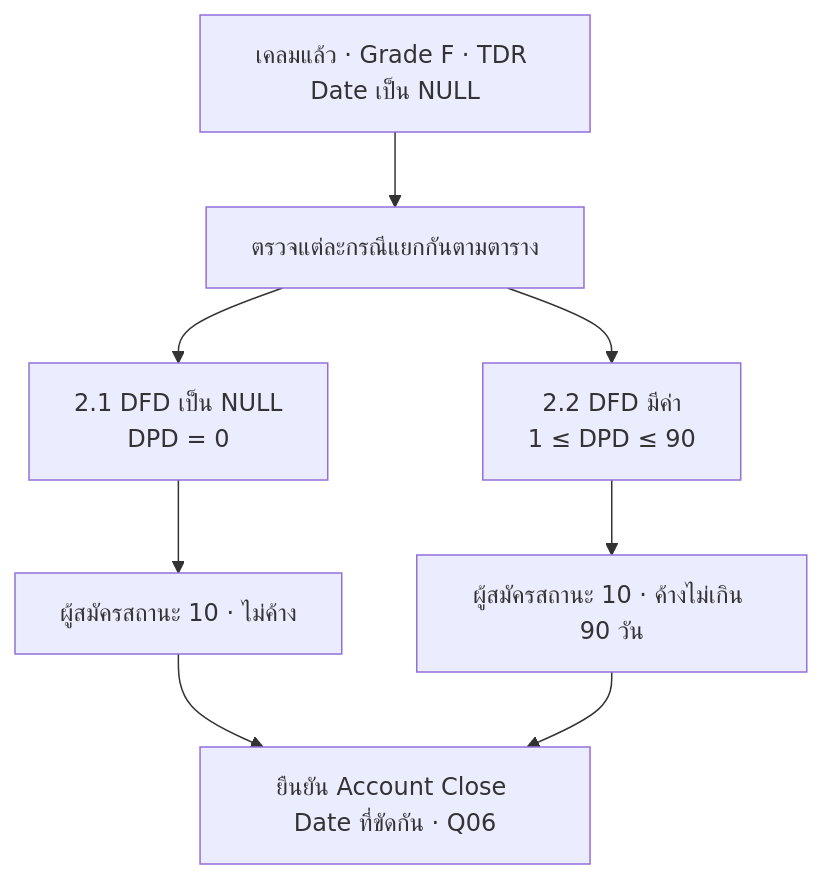
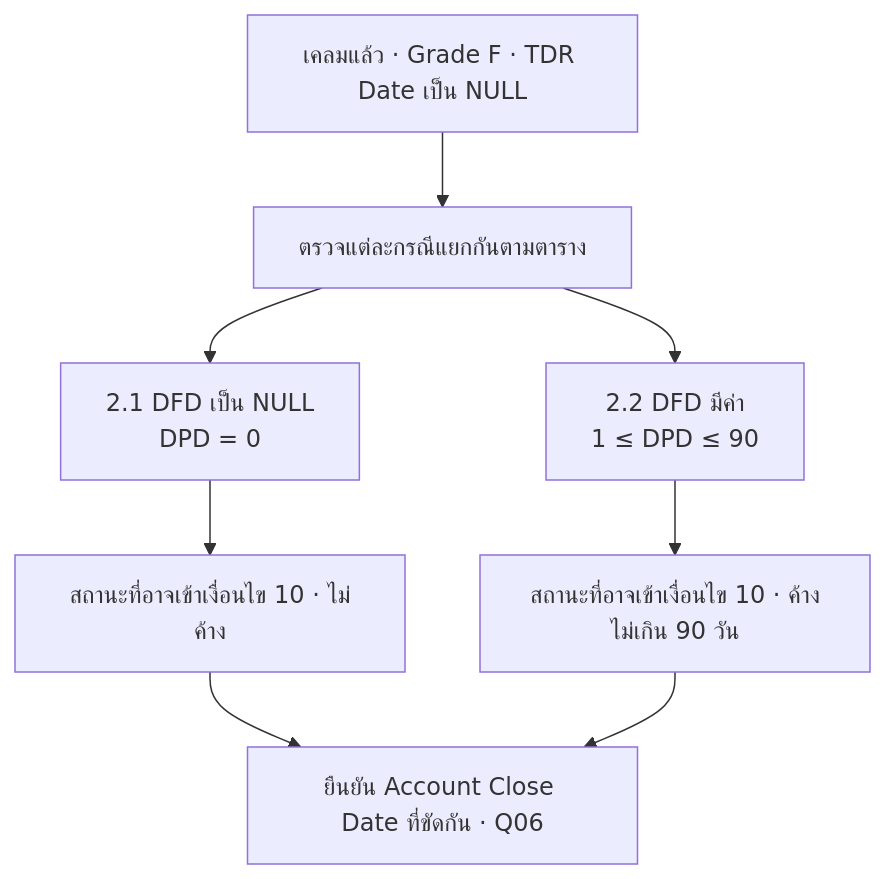
The second of 10 diagrams in app/account-status/page.mdx (yukasung/eodncb), drawn with Mermaid before and after one commit. The commit also changed other lines of this file and 12 other files, not shown here.

````diff
--- a/app/account-status/page.mdx
+++ b/app/account-status/page.mdx
@@ -131,10 +131,10 @@
 ```mermaid
 flowchart TD
     A[เคลมแล้ว · Grade F · TDR Date เป็น NULL] --> B[ตรวจแต่ละกรณีแยกกันตามตาราง]
     B --> C[2.1 DFD เป็น NULL<br/>DPD = 0]
     B --> D[2.2 DFD มีค่า<br/>1 ≤ DPD ≤ 90]
-    C --> E[ผู้สมัครสถานะ 10 · ไม่ค้าง]
-    D --> F[ผู้สมัครสถานะ 10 · ค้างไม่เกิน 90 วัน]
+    C --> E[สถานะที่อาจเข้าเงื่อนไข 10 · ไม่ค้าง]
+    D --> F[สถานะที่อาจเข้าเงื่อนไข 10 · ค้างไม่เกิน 90 วัน]
     E --> Q[ยืนยัน Account Close Date ที่ขัดกัน · Q06]
     F --> Q
 ```
````
